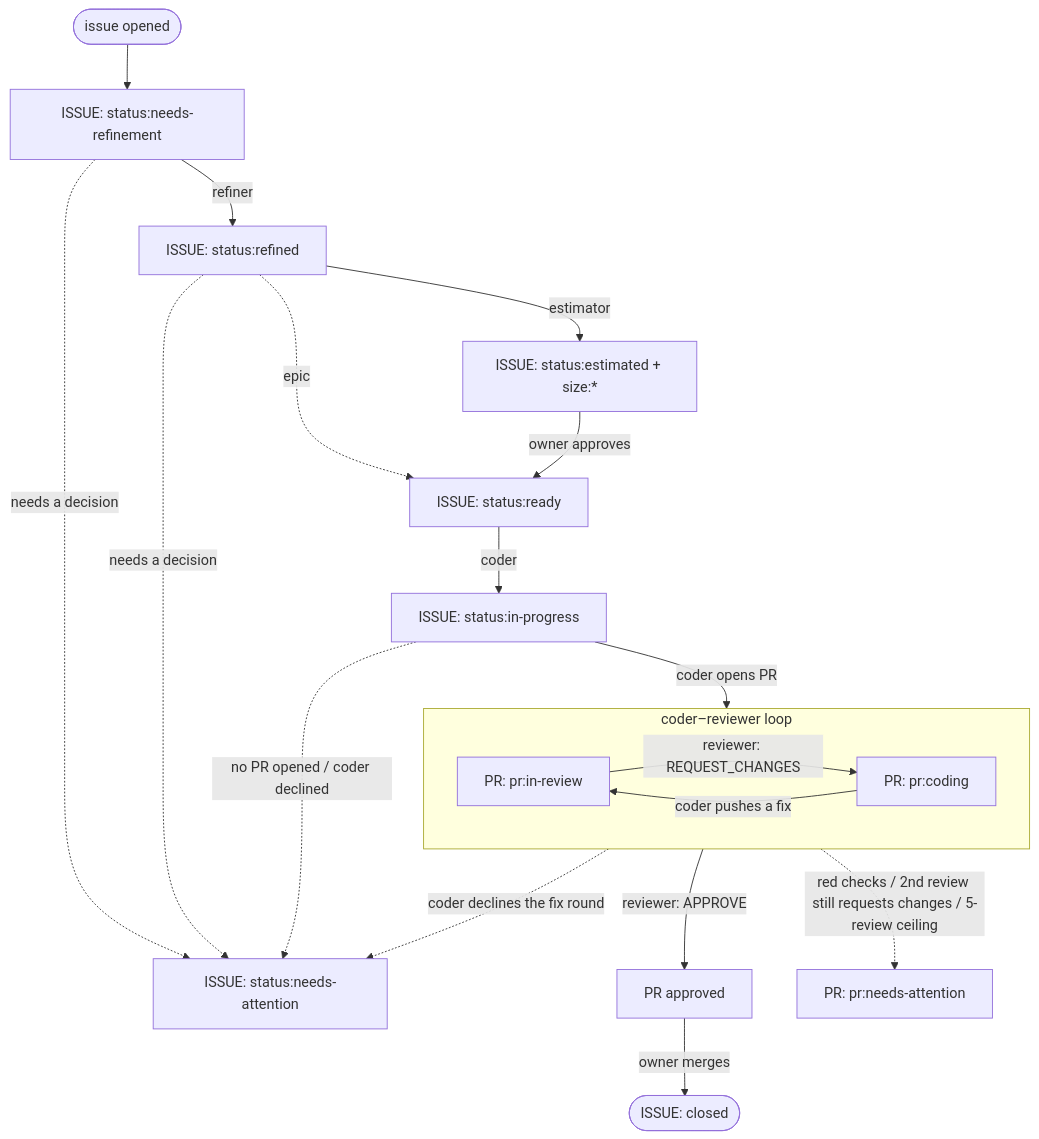
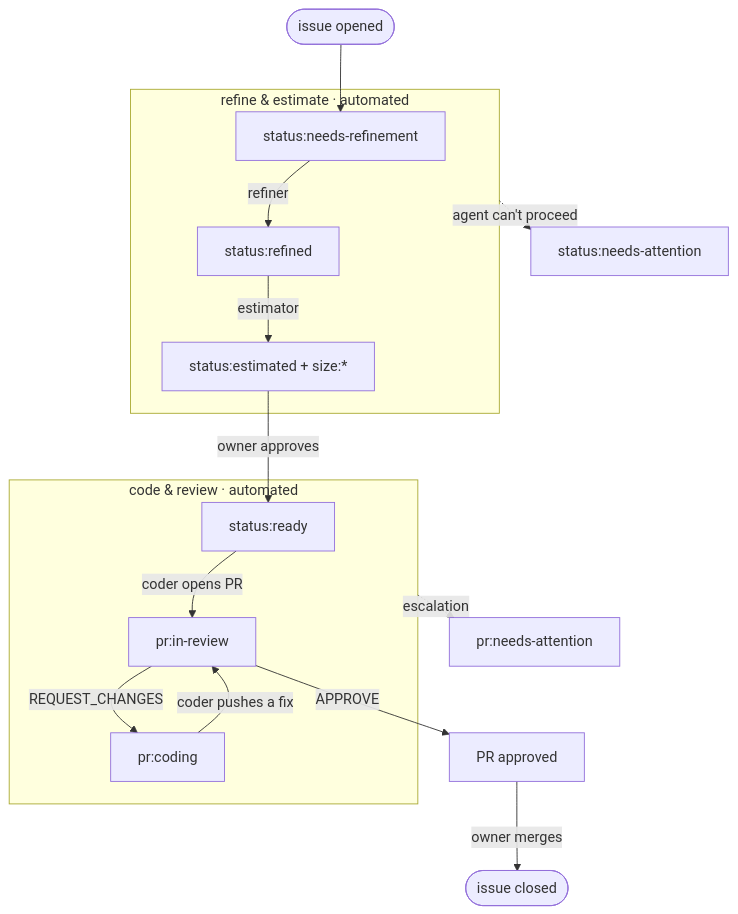
One commit to abi83/interns changed the diagram in README.md. Above: the diagram before and after it, drawn with Mermaid. The commit also changed other lines of this file, not shown here.

Commit message:
mermiad flow

````diff
--- a/README.md
+++ b/README.md
@@ -36,24 +36,23 @@
 ```mermaid
 flowchart TD
-    new([issue opened]) --> nr["ISSUE: status:needs-refinement"]
-    nr -->|refiner| refined["ISSUE: status:refined"]
-    nr -.->|needs a decision| na["ISSUE: status:needs-attention"]
-    refined -->|estimator| est["ISSUE: status:estimated + size:*"]
-    refined -.->|epic| ready
-    refined -.->|needs a decision| na
-    est -->|owner approves| ready["ISSUE: status:ready"]
-    ready -->|coder| inprog["ISSUE: status:in-progress"]
-    inprog -.->|no PR opened / coder declined| na
+    A([issue opened]) --> B
 
-    inprog -->|coder opens PR| loop
-
-    subgraph loop [coder–reviewer loop]
-        inreview["PR: pr:in-review"] -->|reviewer: REQUEST_CHANGES| coding["PR: pr:coding"]
-        coding -->|coder pushes a fix| inreview
+    subgraph P1 ["refine &amp; estimate · automated"]
+        B["status:needs-refinement"] -->|refiner| C["status:refined"]
+        C -->|estimator| D["status:estimated + size:*"]
     end
 
-    loop -->|reviewer: APPROVE| approved["PR approved"]
-    approved -->|owner merges| closed(["ISSUE: closed"])
-    loop -.->|red checks / 2nd review still requests changes / 5-review ceiling| prna["PR: pr:needs-attention"]
-    loop -.->|coder declines the fix round| na
+    D -->|owner approves| E
+
+    subgraph P2 ["code &amp; review · automated"]
+        E["status:ready"] -->|coder opens PR| F["pr:in-review"]
+        F -->|REQUEST_CHANGES| G["pr:coding"]
+        G -->|coder pushes a fix| F
+    end
+
+    F -->|APPROVE| H["PR approved"]
+    H -->|owner merges| I([issue closed])
+
+    P1 -.->|agent can't proceed| J["status:needs-attention"]
+    P2 -.->|escalation| K["pr:needs-attention"]
 ```
````
